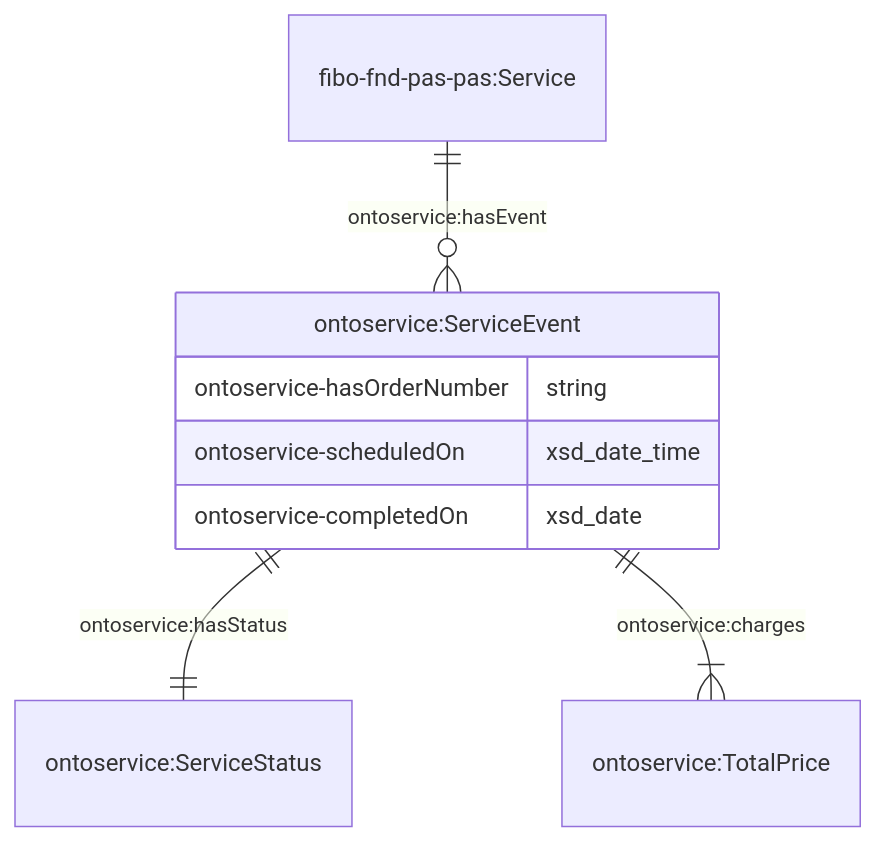
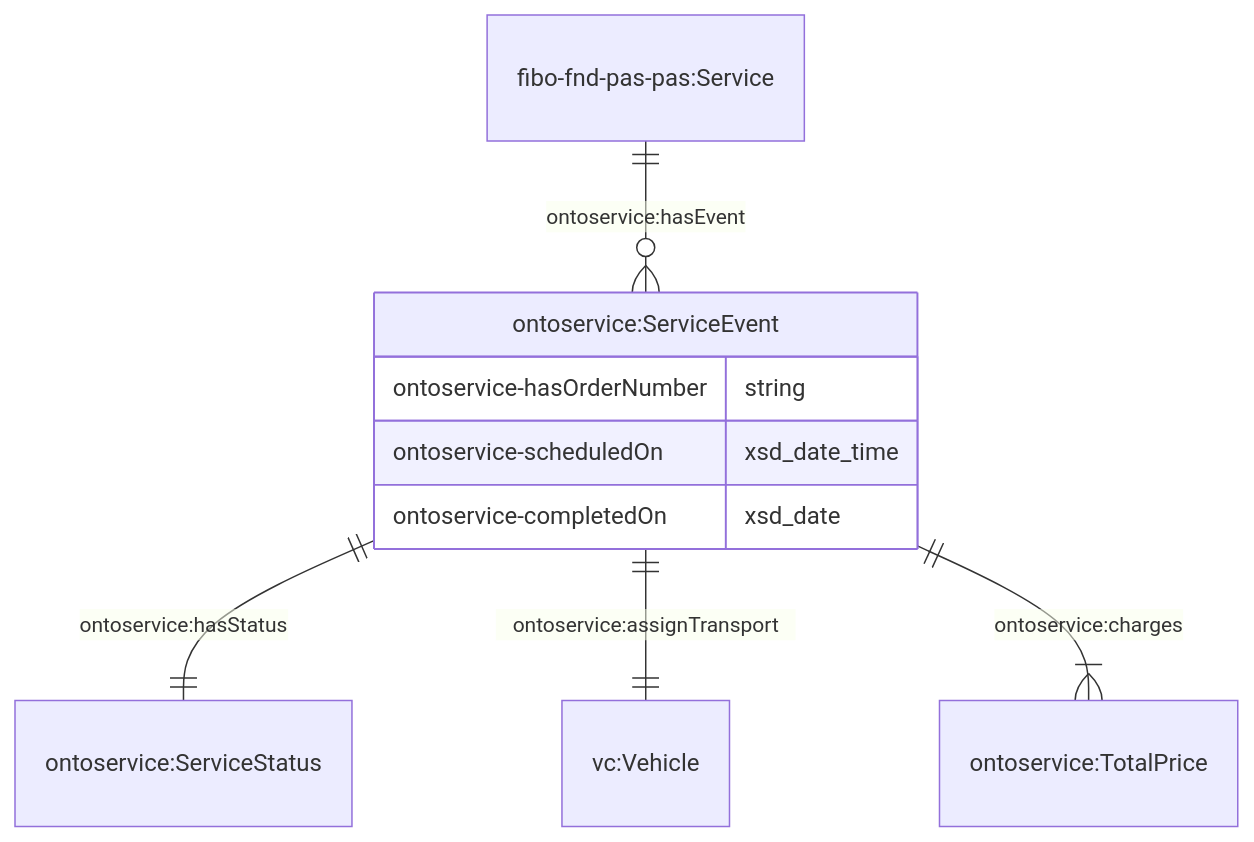
Before and after one commit to cambridge-cares/TheWorldAvatar: the fourth of 5 diagrams in JPS_Ontology/ontology/ontoservice/README.md, drawn with Mermaid. The commit also changed other lines of this file and 2 other files, not shown here.

Commit message:
dev_ontoservice: Added transport assignmented

````diff
--- a/JPS_Ontology/ontology/ontoservice/README.md
+++ b/JPS_Ontology/ontology/ontoservice/README.md
@@ -155,13 +156,14 @@
 ```mermaid
     erDiagram
     "fibo-fnd-pas-pas:Service" ||--o{ "ontoservice:ServiceEvent" : "ontoservice:hasEvent"
 
     "ontoservice:ServiceEvent" ||--|| "ontoservice:ServiceStatus" : "ontoservice:hasStatus"
+    "ontoservice:ServiceEvent" ||--|| "vc:Vehicle" : "ontoservice:assignTransport"
     "ontoservice:ServiceEvent" ||--|{ "ontoservice:TotalPrice" : "ontoservice:charges"
 
     "ontoservice:ServiceEvent" {
         ontoservice-hasOrderNumber string
         ontoservice-scheduledOn xsd_date_time
         ontoservice-completedOn xsd_date
     }
 ```
````
